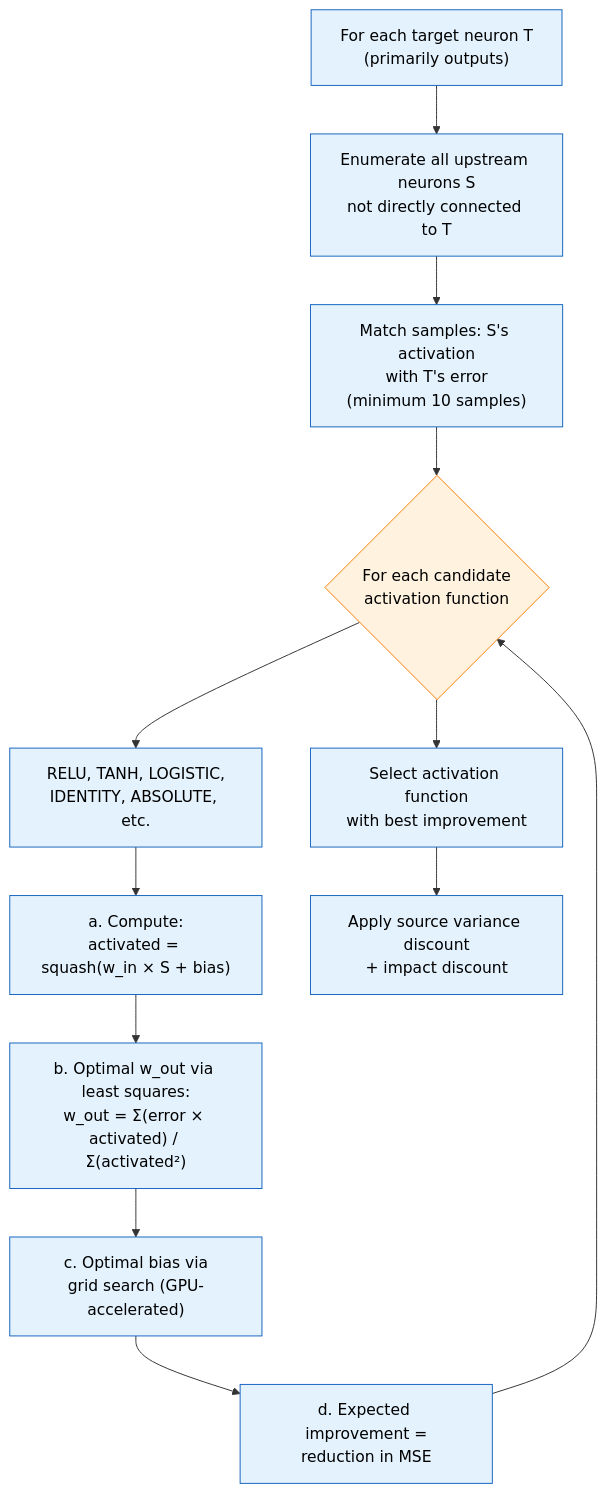
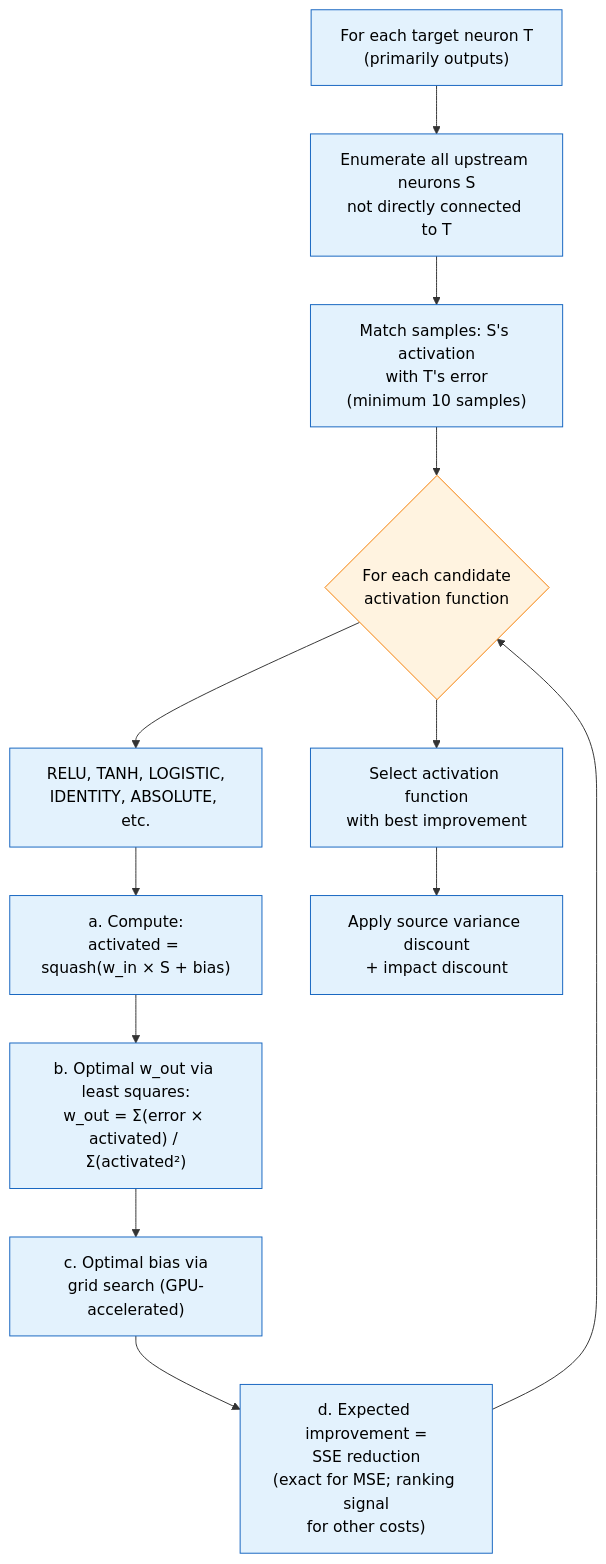
One commit to stSoftwareAU/NEAT-AI-Discovery changed the second of 4 diagrams in docs/discoveries/add-neuron.md. Above: the diagram before and after it, drawn with Mermaid. The commit also changed other lines of this file and 4 other files, not shown here.

````diff
--- a/docs/discoveries/add-neuron.md
+++ b/docs/discoveries/add-neuron.md
@@ -47,17 +47,17 @@
 ```mermaid
 flowchart TD
     A["For each target neuron T<br/>(primarily outputs)"]:::process --> B["Enumerate all upstream neurons S<br/>not directly connected to T"]:::process
     B --> C["Match samples: S's activation<br/>with T's error<br/>(minimum 10 samples)"]:::process
     C --> D{"For each candidate<br/>activation function"}:::decision
     D --> E["RELU, TANH, LOGISTIC,<br/>IDENTITY, ABSOLUTE, etc."]:::process
     E --> F["a. Compute:<br/>activated = squash(w_in × S + bias)"]:::process
     F --> G["b. Optimal w_out via least squares:<br/>w_out = Σ(error × activated) / Σ(activated²)"]:::process
     G --> H["c. Optimal bias via<br/>grid search (GPU-accelerated)"]:::process
-    H --> I["d. Expected improvement =<br/>reduction in MSE"]:::process
+    H --> I["d. Expected improvement =<br/>SSE reduction<br/>(exact for MSE; ranking signal<br/>for other costs)"]:::process
     I --> D
     D --> J["Select activation function<br/>with best improvement"]:::process
     J --> K["Apply source variance discount<br/>+ impact discount"]:::process
 
     classDef process fill:#e3f2fd,stroke:#1565c0,color:#000
     classDef decision fill:#fff3e0,stroke:#f57c00,color:#000
 ```
````
